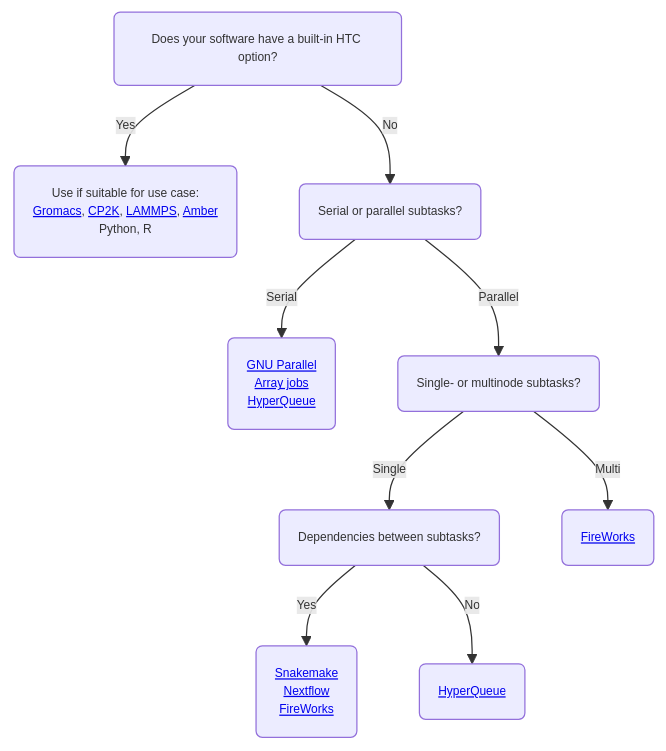
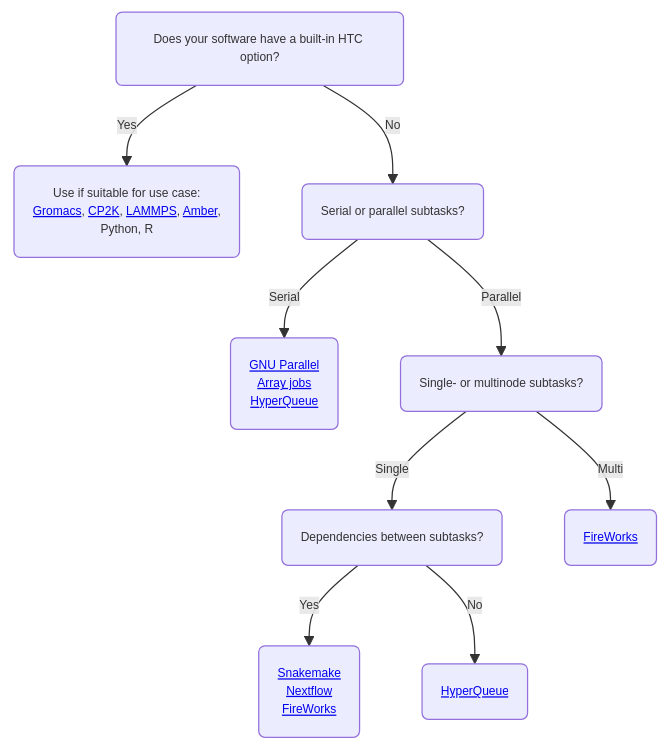
The first of 2 diagrams in docs/computing/running/throughput.md (CSCfi/csc-user-guide), drawn with Mermaid before and after one commit.

Commit message:
add throughput

````diff
--- a/docs/computing/running/throughput.md
+++ b/docs/computing/running/throughput.md
@@ -53,12 +53,12 @@
 ```mermaid
 %%{init: {'theme': 'default', 'themeVariables': { 'fontSize': '0.6rem'}}}%%
 graph TD
-    C(Does your software have a built-in HTC option?) -->|Yes| D("Use if suitable for use case:<br><a href='/apps/gromacs/#high-throughput-computing-with-gromacs'>Gromacs</a>, <a href='/apps/cp2k/#high-throughput-computing-with-cp2k'>CP2K</a>, <a href='/apps/lammps/#high-throughput-computing-with-lammps'>LAMMPS</a>, <a href='/apps/amber/#high-throughput-computing-with-amber'>Amber</a><br> Python, R ")
+    C(Does your software have a built-in HTC option?) -->|Yes| D("Use if suitable for use case:<br><a href='/apps/gromacs/#high-throughput-computing-with-gromacs'>Gromacs</a>, <a href='/apps/cp2k/#high-throughput-computing-with-cp2k'>CP2K</a>, <a href='/apps/lammps/#high-throughput-computing-with-lammps'>LAMMPS</a>, <a href='/apps/amber/#high-throughput-computing-with-amber'>Amber</a>,<br> Python, R ")
     C -->|No| E(Serial or parallel subtasks?)
     E -->|Serial| F(<a href='/support/tutorials/many/'>GNU Parallel</a><br><a href='/computing/running/array-jobs/'>Array jobs</a><br><a href='/apps/hyperqueue/'>HyperQueue</a>)
     E -->|Parallel| G(Single- or multinode subtasks?)
     G -->|Single| H(Dependencies between subtasks?)
     G -->|Multi| I(<a href='/computing/running/fireworks/'>FireWorks</a>)
     H -->|Yes| J(<a href='https://snakemake.readthedocs.io/en/stable/'>Snakemake</a><br><a href='/support/tutorials/nextflow-puhti/'>Nextflow</a><br><a href='/computing/running/fireworks/'>FireWorks</a>)
     H -->|No| K(<a href='/apps/hyperqueue/'>HyperQueue</a>)
 ```
````
